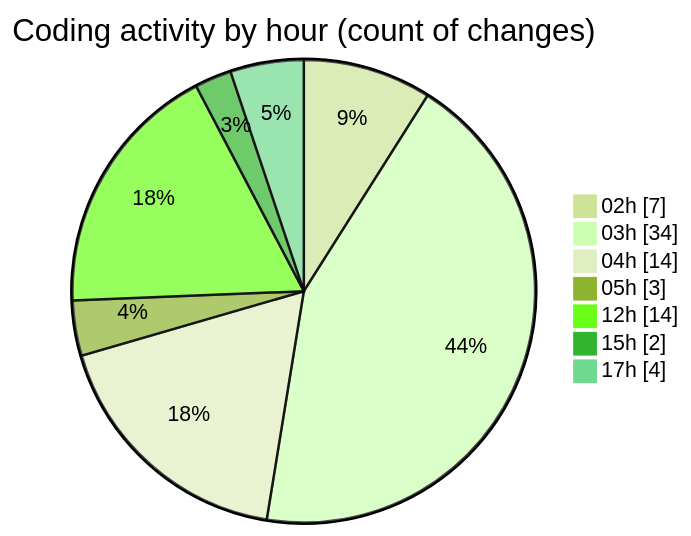
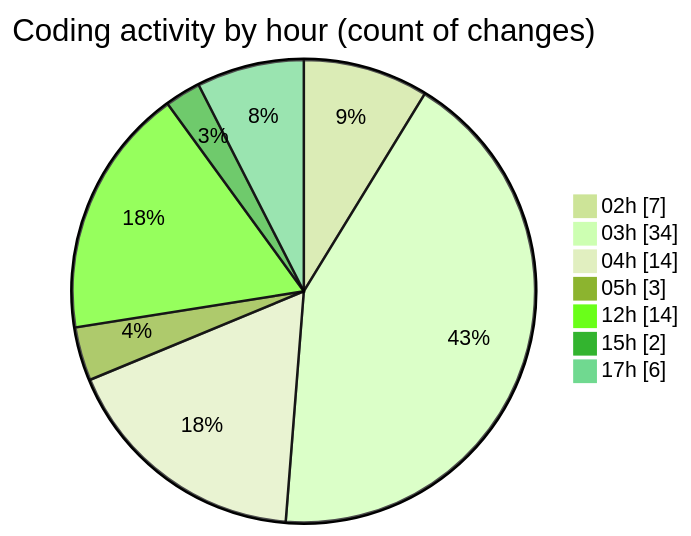
Before and after one commit to JenPaints/code-tracking: the second of 2 diagrams in 2025-05-29/kimberly-groups/README.md, drawn with Mermaid (forest theme). The commit also changed other lines of this file and 1 other file, not shown here.

````diff
--- a/2025-05-29/kimberly-groups/README.md
+++ b/2025-05-29/kimberly-groups/README.md
@@ -37,11 +37,11 @@
 ```mermaid
 pie showData
 title Coding activity by hour (count of changes)
 "02h" : 7
 "03h" : 34
 "04h" : 14
 "05h" : 3
 "12h" : 14
 "15h" : 2
-"17h" : 4
+"17h" : 6
 ```
````
